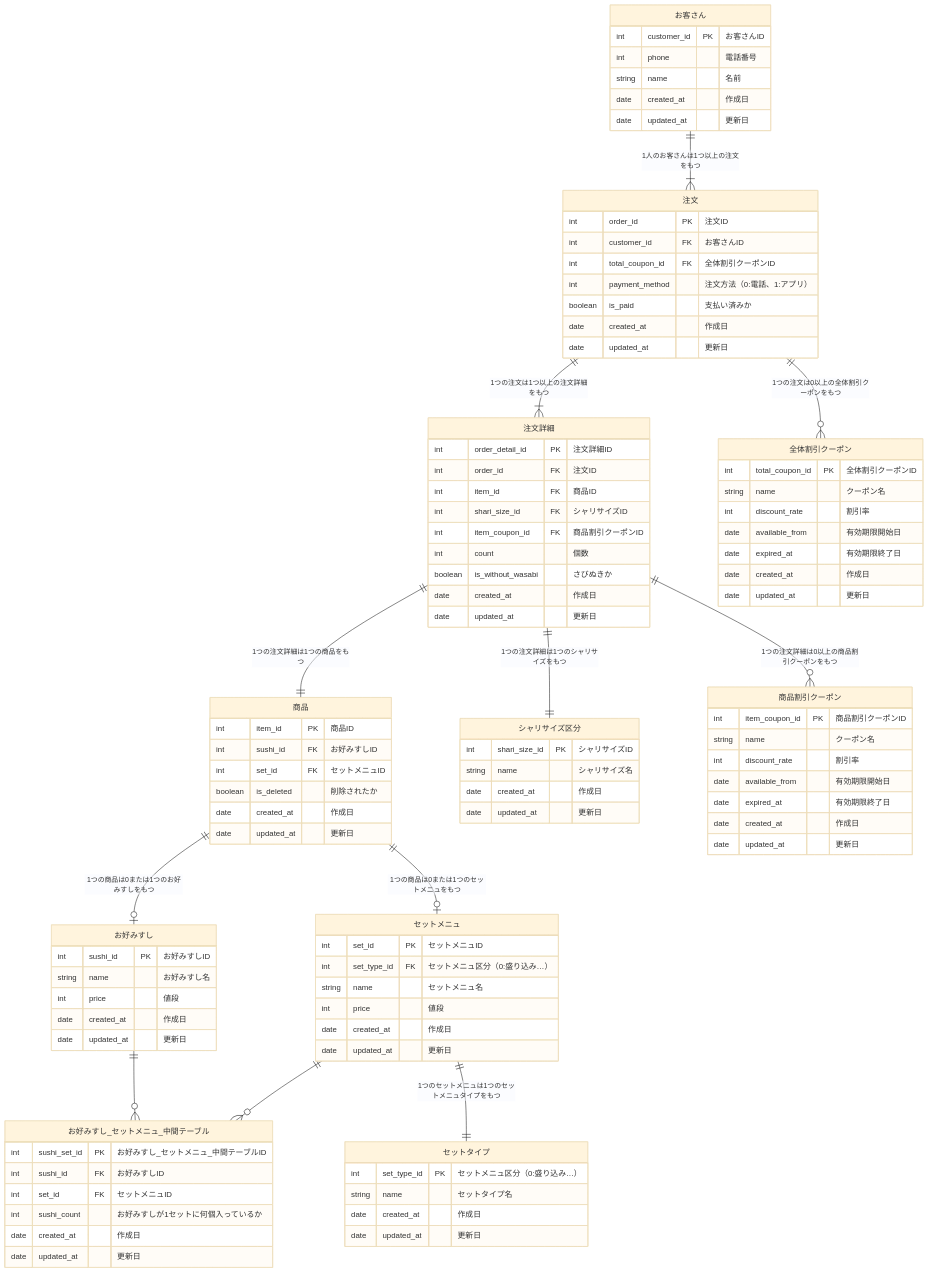
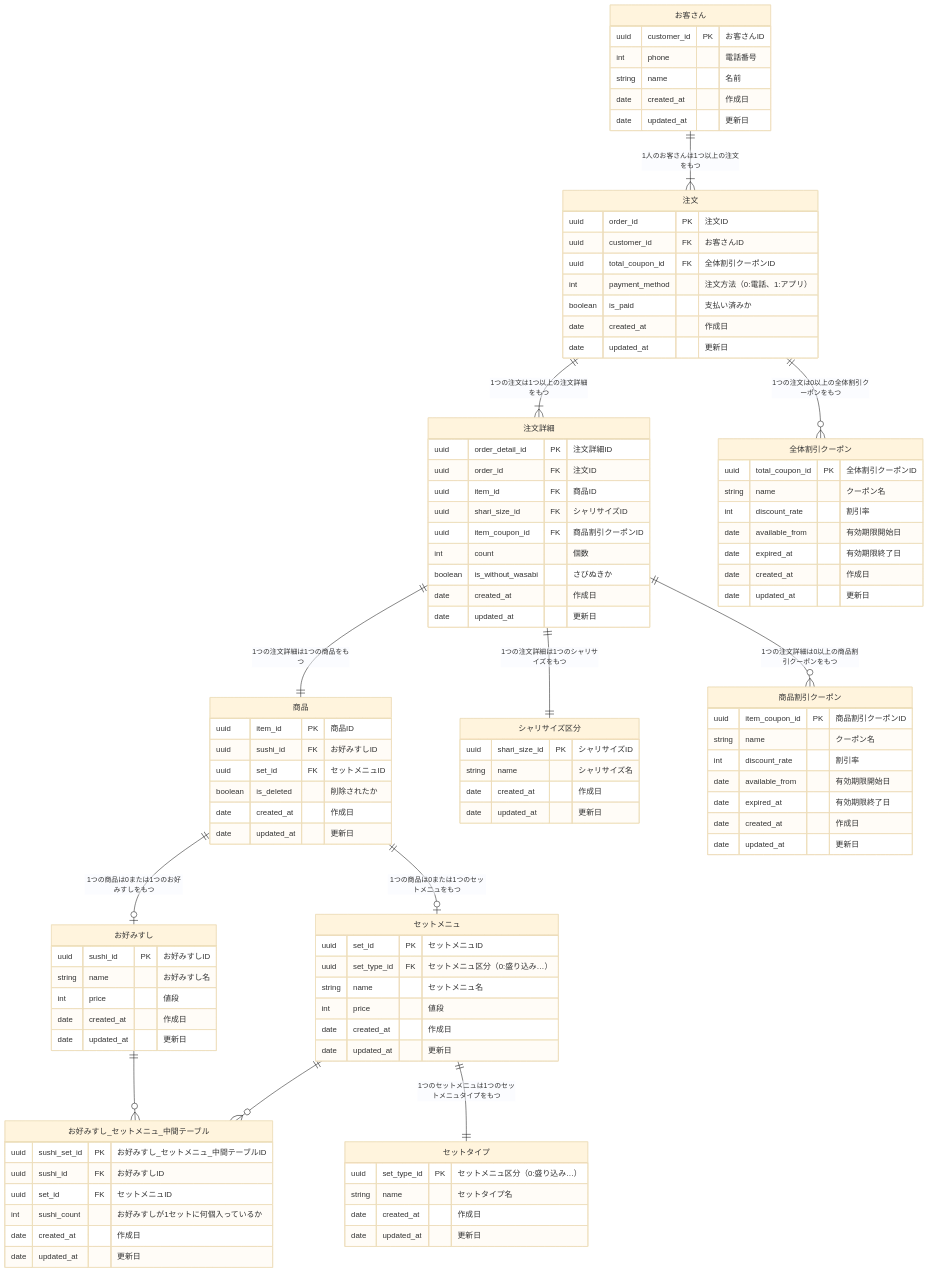
The diagram in F0yWy8HaLlWoST/01_データベース設計/01_DBモデリング1/kadai_03.md (praha-inc/praha-challenge-7), drawn with Mermaid (base theme) before and after one commit.

Commit message:
fix: idはuuidに

```diff
--- a/F0yWy8HaLlWoST/01_データベース設計/01_DBモデリング1/kadai_03.md
+++ b/F0yWy8HaLlWoST/01_データベース設計/01_DBモデリング1/kadai_03.md
@@ -20,7 +20,7 @@
 erDiagram
 
   "お客さん" {
-    int customer_id PK "お客さんID"
+    uuid customer_id PK "お客さんID"
     int phone "電話番号"
     string name "名前"
     date created_at "作成日"
@@ -28,16 +28,16 @@
   }
 
   "商品" {
-    int item_id PK "商品ID"
-    int sushi_id FK "お好みすしID"
-    int set_id FK "セットメニュID"
+    uuid item_id PK "商品ID"
+    uuid sushi_id FK "お好みすしID"
+    uuid set_id FK "セットメニュID"
     boolean is_deleted "削除されたか"
     date created_at "作成日"
     date updated_at "更新日"
   }
 
   "お好みすし" {
-    int sushi_id PK "お好みすしID"
+    uuid sushi_id PK "お好みすしID"
     string name "お好みすし名"
     int price "値段"
     date created_at "作成日"
@@ -45,8 +45,8 @@
   }
 
   "セットメニュ" {
-    int set_id PK "セットメニュID"
-    int set_type_id FK "セットメニュ区分（0:盛り込み…）"
+    uuid set_id PK "セットメニュID"
+    uuid set_type_id FK "セットメニュ区分（0:盛り込み…）"
     string name "セットメニュ名"
     int price "値段"
     date created_at "作成日"
@@ -54,18 +54,18 @@
   }
 
   "お好みすし_セットメニュ_中間テーブル" {
-    int sushi_set_id PK "お好みすし_セットメニュ_中間テーブルID"
-    int sushi_id FK "お好みすしID"
-    int set_id FK "セットメニュID"
+    uuid sushi_set_id PK "お好みすし_セットメニュ_中間テーブルID"
+    uuid sushi_id FK "お好みすしID"
+    uuid set_id FK "セットメニュID"
     int sushi_count "お好みすしが1セットに何個入っているか" 
     date created_at "作成日"
     date updated_at "更新日"
   }
 
   "注文" {
-    int order_id PK "注文ID"
-    int customer_id FK "お客さんID"
-    int total_coupon_id FK "全体割引クーポンID"
+    uuid order_id PK "注文ID"
+    uuid customer_id FK "お客さんID"
+    uuid total_coupon_id FK "全体割引クーポンID"
     int payment_method "注文方法（0:電話、1:アプリ）"
     boolean is_paid "支払い済みか"
     date created_at "作成日"
@@ -73,11 +73,11 @@
   }
 
   "注文詳細" {
-    int order_detail_id PK "注文詳細ID"
-    int order_id FK "注文ID"
-    int item_id FK "商品ID"
-    int shari_size_id FK "シャリサイズID"
-    int item_coupon_id FK "商品割引クーポンID"
+    uuid order_detail_id PK "注文詳細ID"
+    uuid order_id FK "注文ID"
+    uuid item_id FK "商品ID"
+    uuid shari_size_id FK "シャリサイズID"
+    uuid item_coupon_id FK "商品割引クーポンID"
     int count "個数"
     boolean is_without_wasabi "さびぬきか"
     date created_at "作成日"
@@ -85,21 +85,21 @@
   }
 
   "シャリサイズ区分" {
-    int shari_size_id PK "シャリサイズID"
+    uuid shari_size_id PK "シャリサイズID"
     string name "シャリサイズ名"
     date created_at "作成日"
     date updated_at "更新日"
   }
 
   "セットタイプ" {
-    int set_type_id PK "セットメニュ区分（0:盛り込み…）"
+    uuid set_type_id PK "セットメニュ区分（0:盛り込み…）"
     string name "セットタイプ名"
     date created_at "作成日"
     date updated_at "更新日"
   }
 
   "全体割引クーポン" {
-    int total_coupon_id PK "全体割引クーポンID"
+    uuid total_coupon_id PK "全体割引クーポンID"
     string name "クーポン名"
     int discount_rate "割引率"
     date available_from "有効期限開始日"
@@ -109,7 +109,7 @@
   }
 
   "商品割引クーポン" {
-    int item_coupon_id PK "商品割引クーポンID"
+    uuid item_coupon_id PK "商品割引クーポンID"
     string name "クーポン名"
     int discount_rate "割引率"
     date available_from "有効期限開始日"
```
